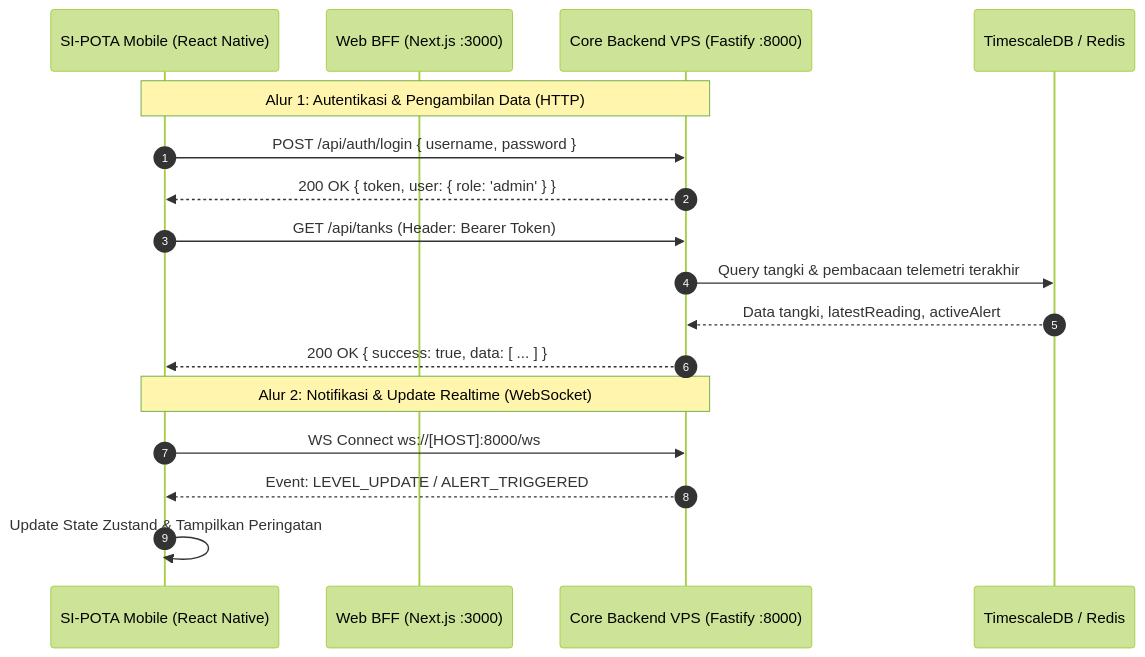
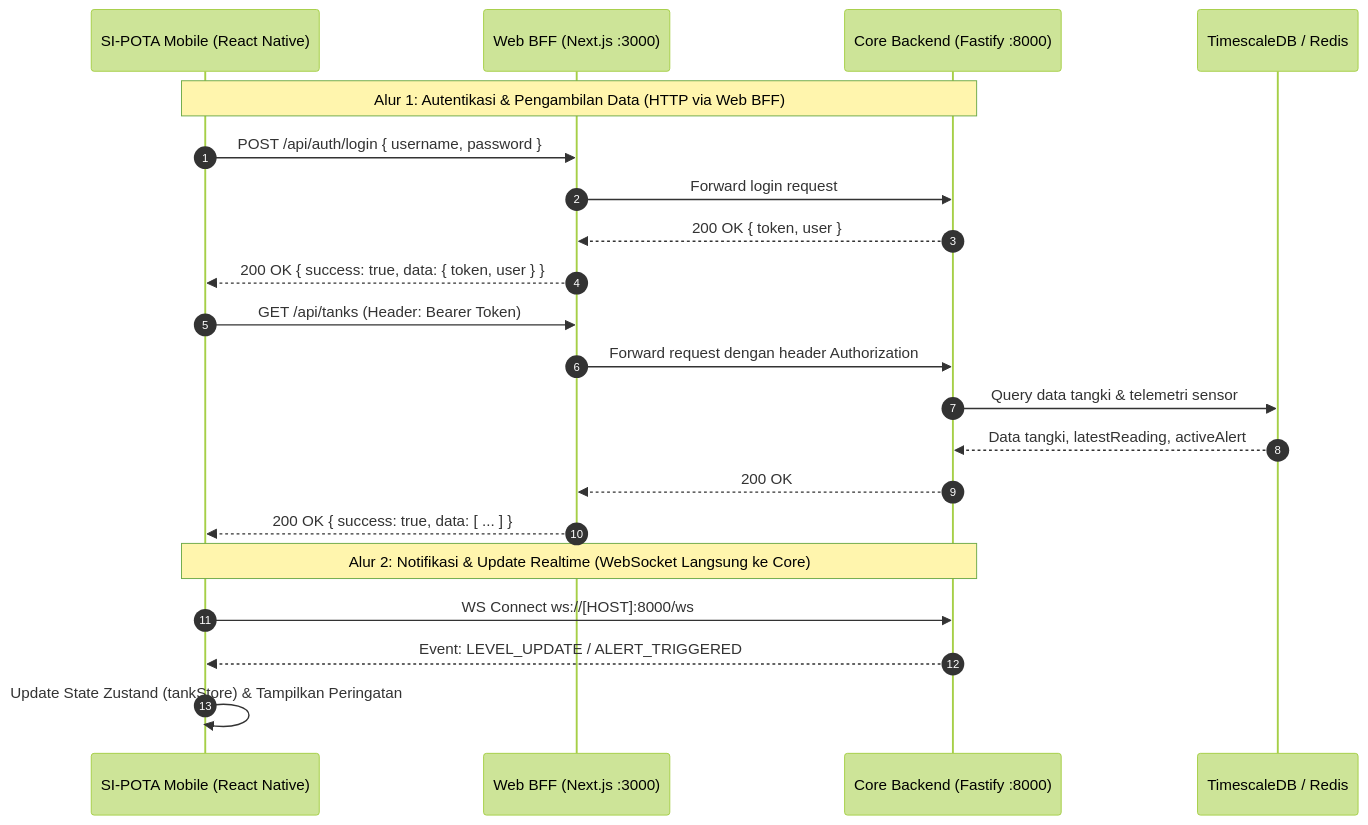
The diagram in README.md (PMLD-RSA/frontend-mobile-rsa-ugm), drawn with Mermaid (forest theme) before and after one commit. The commit also changed other lines of this file and 10 other files, not shown here.

Commit message:
fix(mobile): align data consumption strictly through Web BFF and SecureStore per PRD-Mobile

````diff
--- a/README.md
+++ b/README.md
@@ -69,22 +69,26 @@
 ```mermaid
 sequenceDiagram
     autonumber
     participant Mobile as SI-POTA Mobile (React Native)
     participant BFF as Web BFF (Next.js :3000)
-    participant Core as Core Backend VPS (Fastify :8000)
+    participant Core as Core Backend (Fastify :8000)
     participant DB as TimescaleDB / Redis
 
-    Note over Mobile,Core: Alur 1: Autentikasi & Pengambilan Data (HTTP)
-    Mobile->>Core: POST /api/auth/login { username, password }
-    Core-->>Mobile: 200 OK { token, user: { role: 'admin' } }
+    Note over Mobile,Core: Alur 1: Autentikasi & Pengambilan Data (HTTP via Web BFF)
+    Mobile->>BFF: POST /api/auth/login { username, password }
+    BFF->>Core: Forward login request
+    Core-->>BFF: 200 OK { token, user }
+    BFF-->>Mobile: 200 OK { success: true, data: { token, user } }
     
-    Mobile->>Core: GET /api/tanks (Header: Bearer Token)
-    Core->>DB: Query tangki & pembacaan telemetri terakhir
+    Mobile->>BFF: GET /api/tanks (Header: Bearer Token)
+    BFF->>Core: Forward request dengan header Authorization
+    Core->>DB: Query data tangki & telemetri sensor
     DB-->>Core: Data tangki, latestReading, activeAlert
-    Core-->>Mobile: 200 OK { success: true, data: [ ... ] }
+    Core-->>BFF: 200 OK
+    BFF-->>Mobile: 200 OK { success: true, data: [ ... ] }
 
-    Note over Mobile,Core: Alur 2: Notifikasi & Update Realtime (WebSocket)
+    Note over Mobile,Core: Alur 2: Notifikasi & Update Realtime (WebSocket Langsung ke Core)
     Mobile->>Core: WS Connect ws://[HOST]:8000/ws
     Core-->>Mobile: Event: LEVEL_UPDATE / ALERT_TRIGGERED
-    Mobile->>Mobile: Update State Zustand & Tampilkan Peringatan
+    Mobile->>Mobile: Update State Zustand (tankStore) & Tampilkan Peringatan
 ```
````
